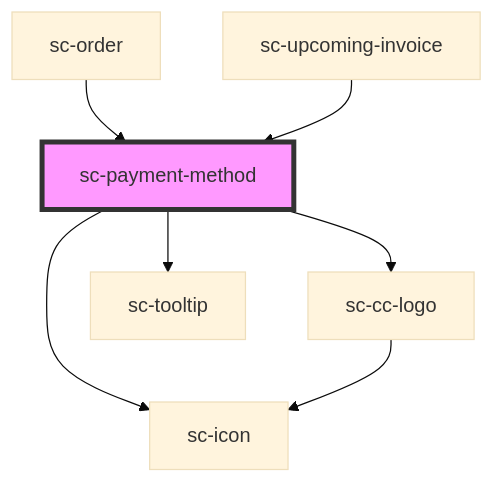
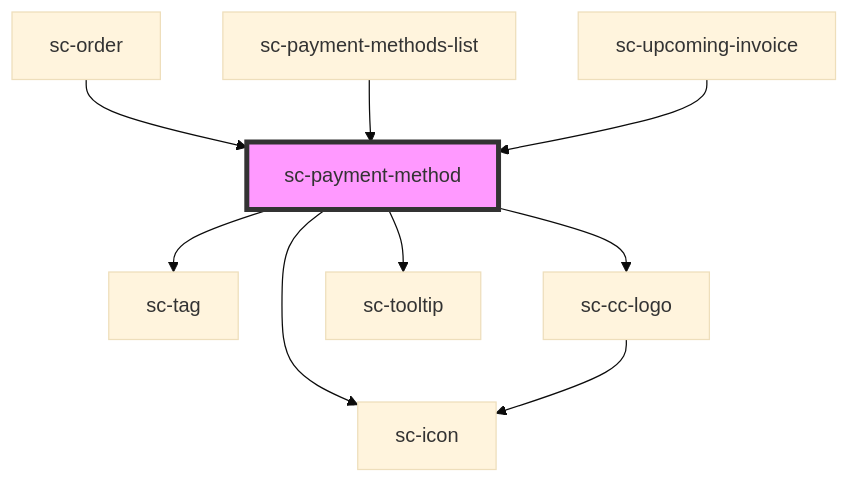
One commit to surecart/surecart-wp-plugin changed the diagram in packages/components/src/components/ui/sc-payment-method/readme.md. Above: the diagram before and after it, drawn with Mermaid (base theme). The commit also changed other lines of this file and 22 other files, not shown here.

````diff
--- a/packages/components/src/components/ui/sc-payment-method/readme.md
+++ b/packages/components/src/components/ui/sc-payment-method/readme.md
@@ -36,10 +38,12 @@
 ```mermaid
 graph TD;
+  sc-payment-method --> sc-tag
   sc-payment-method --> sc-cc-logo
   sc-payment-method --> sc-tooltip
   sc-payment-method --> sc-icon
   sc-cc-logo --> sc-icon
   sc-order --> sc-payment-method
+  sc-payment-methods-list --> sc-payment-method
   sc-upcoming-invoice --> sc-payment-method
   style sc-payment-method fill:#f9f,stroke:#333,stroke-width:4px
 ```
````
